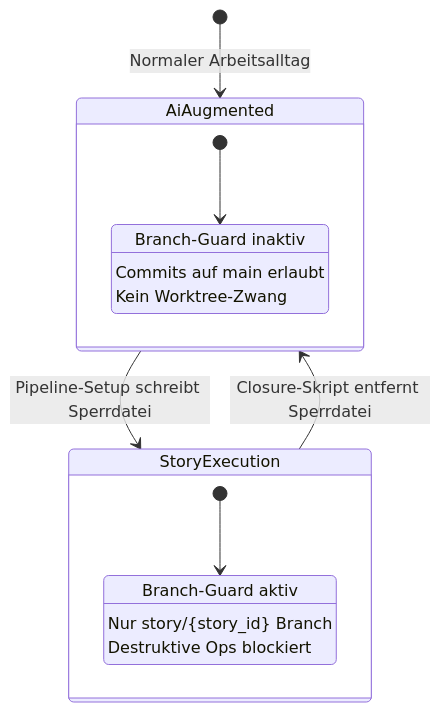
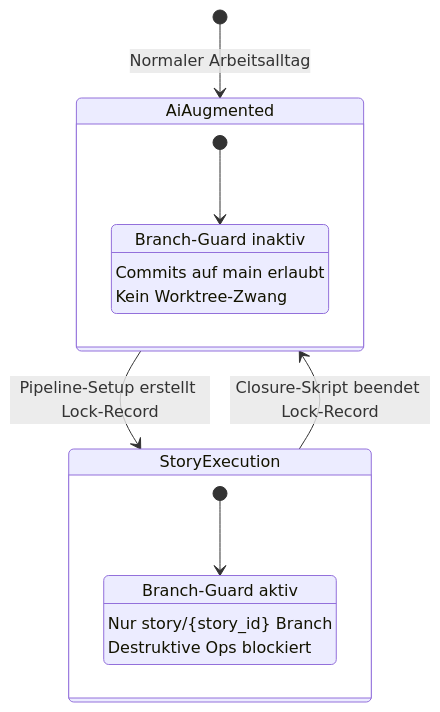
One commit to saltenhof/claude-agentkit3 changed the third of 4 diagrams in concept/technical-design/12_github_integration_repo_operationen.md. Above: the diagram before and after it, drawn with Mermaid. The commit also changed other lines of this file and 135 other files, not shown here.

````diff
--- a/concept/technical-design/12_github_integration_repo_operationen.md
+++ b/concept/technical-design/12_github_integration_repo_operationen.md
@@ -252,20 +253,20 @@
 ```mermaid
 stateDiagram-v2
     [*] --> AiAugmented : Normaler Arbeitsalltag
-    AiAugmented --> StoryExecution : Pipeline-Setup schreibt Sperrdatei
-    StoryExecution --> AiAugmented : Closure-Skript entfernt Sperrdatei
+    AiAugmented --> StoryExecution : Pipeline-Setup erstellt Lock-Record
+    StoryExecution --> AiAugmented : Closure-Skript beendet Lock-Record
 
     state AiAugmented {
         [*] --> FreeWork
         FreeWork : Branch-Guard inaktiv
         FreeWork : Commits auf main erlaubt
         FreeWork : Kein Worktree-Zwang
     }
 
     state StoryExecution {
         [*] --> Guarded
         Guarded : Branch-Guard aktiv
         Guarded : Nur story/{story_id} Branch
         Guarded : Destruktive Ops blockiert
     }
 ```
````
